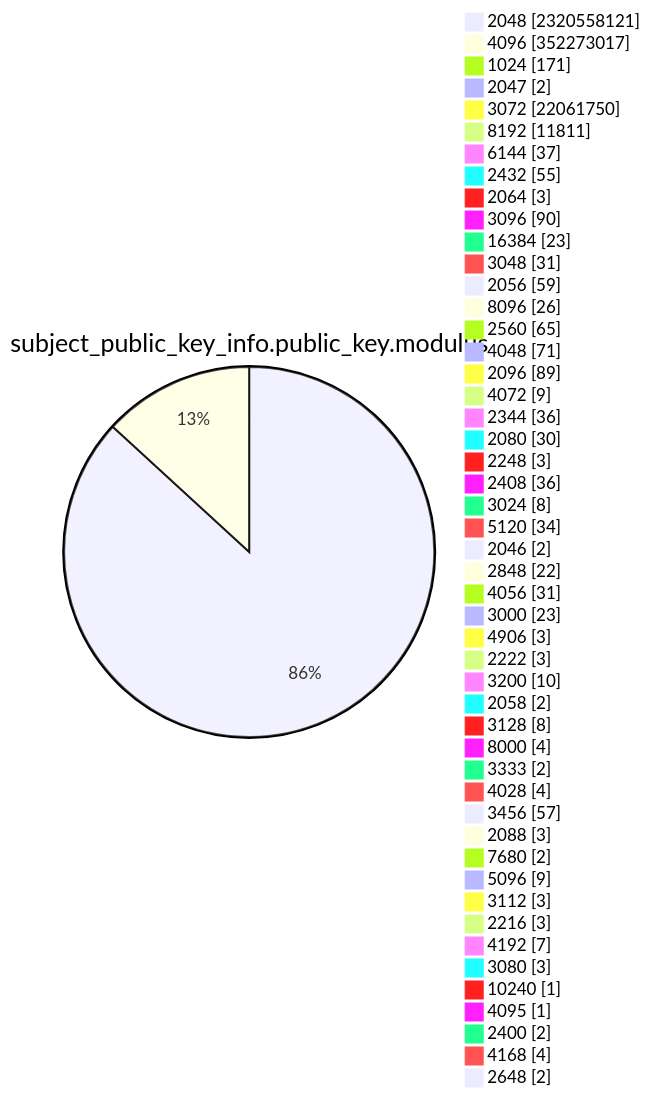
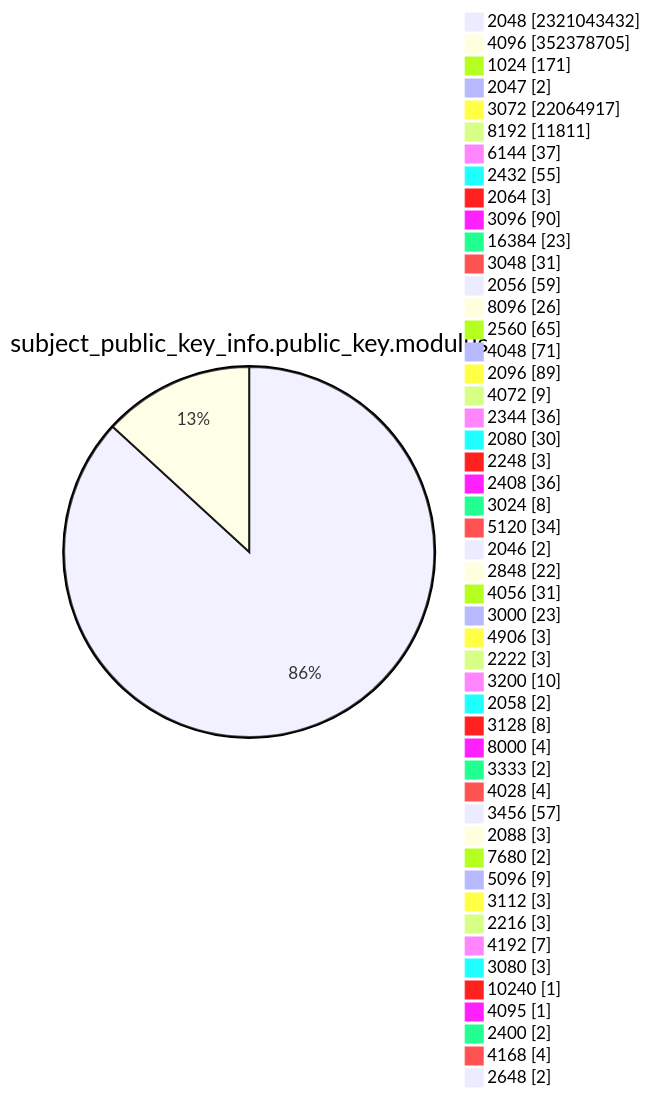
Diagram 13 of 15 in TOTAL/README.md (christiankrug/ctmonitor_visualization), drawn with Mermaid before and after one commit. The commit also changed other lines of this file, not shown here.

````diff
--- a/TOTAL/README.md
+++ b/TOTAL/README.md
@@ -4167,53 +4167,53 @@
 ```mermaid
 pie showData
 title subject_public_key_info.public_key.modulus
-"2048" :2320558121
-"4096" :352273017
+"2048" :2321043432
+"4096" :352378705
 "1024" :171
 "2047" :2
-"3072" :22061750
+"3072" :22064917
 "8192" :11811
 "6144" :37
 "2432" :55
 "2064" :3
 "3096" :90
 "16384" :23
 "3048" :31
 "2056" :59
 "8096" :26
 "2560" :65
 "4048" :71
 "2096" :89
 "4072" :9
 "2344" :36
 "2080" :30
 "2248" :3
 "2408" :36
 "3024" :8
 "5120" :34
 "2046" :2
 "2848" :22
 "4056" :31
 "3000" :23
 "4906" :3
 "2222" :3
 "3200" :10
 "2058" :2
 "3128" :8
 "8000" :4
 "3333" :2
 "4028" :4
 "3456" :57
 "2088" :3
 "7680" :2
 "5096" :9
 "3112" :3
 "2216" :3
 "4192" :7
 "3080" :3
 "10240" :1
 "4095" :1
 "2400" :2
 "4168" :4
 "2648" :2
 ```
````
